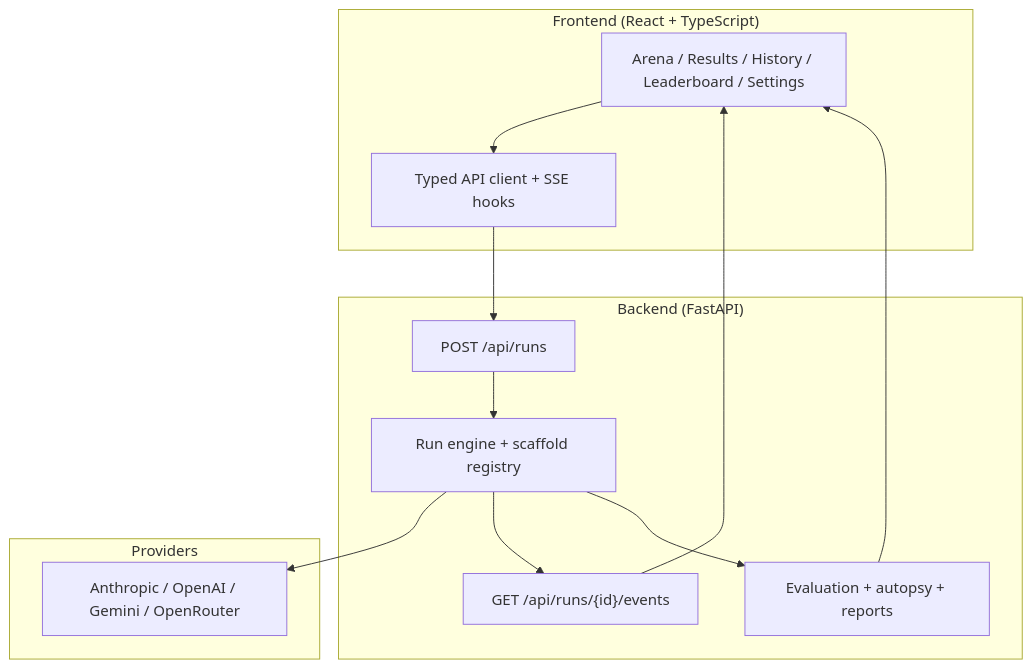
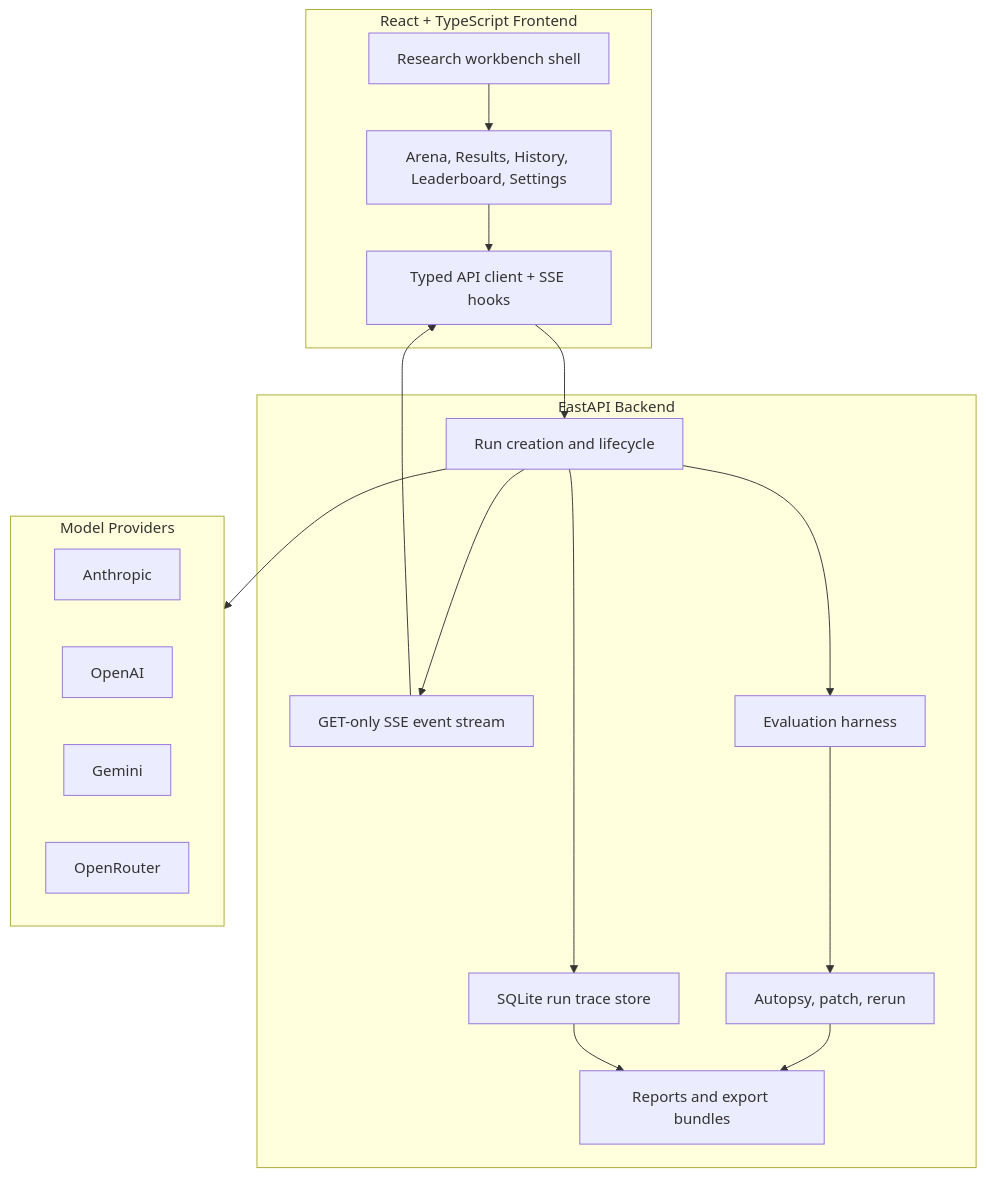
Before and after one commit to jlov7/scaffold-arena: the diagram in README.md, drawn with Mermaid. The commit also changed other lines of this file and 65 other files, not shown here.

First line of the commit message:
feat: rebuild research workbench and audit loop

````diff
--- a/README.md
+++ b/README.md
@@ -65,23 +61,32 @@
 ```mermaid
-graph TB
-    subgraph FE["Frontend (React + TypeScript)"]
-      A["Arena / Results / History / Leaderboard / Settings"]
-      B["Typed API client + SSE hooks"]
+flowchart TB
+    subgraph UI["React + TypeScript Frontend"]
+        Shell["Research workbench shell"]
+        Workspaces["Arena, Results, History, Leaderboard, Settings"]
+        Client["Typed API client + SSE hooks"]
     end
 
-    subgraph BE["Backend (FastAPI)"]
-      C["POST /api/runs"]
-      D["GET /api/runs/{id}/events"]
-      E["Run engine + scaffold registry"]
-      F["Evaluation + autopsy + reports"]
+    subgraph API["FastAPI Backend"]
+        Runs["Run creation and lifecycle"]
+        Stream["GET-only SSE event stream"]
+        Eval["Evaluation harness"]
+        Autopsy["Autopsy, patch, rerun"]
+        Reports["Reports and export bundles"]
+        Store["SQLite run trace store"]
     end
 
-    subgraph LLM["Providers"]
-      G["Anthropic / OpenAI / Gemini / OpenRouter"]
+    subgraph Providers["Model Providers"]
+        Anthropic["Anthropic"]
+        OpenAI["OpenAI"]
+        Gemini["Gemini"]
+        OpenRouter["OpenRouter"]
     end
 
-    A --> B --> C
-    C --> E --> G
-    E --> D --> A
-    E --> F --> A
+    Shell --> Workspaces --> Client
+    Client --> Runs
+    Runs --> Providers
+    Runs --> Stream --> Client
+    Runs --> Eval --> Autopsy --> Reports
+    Runs --> Store
+    Store --> Reports
 ```
````
